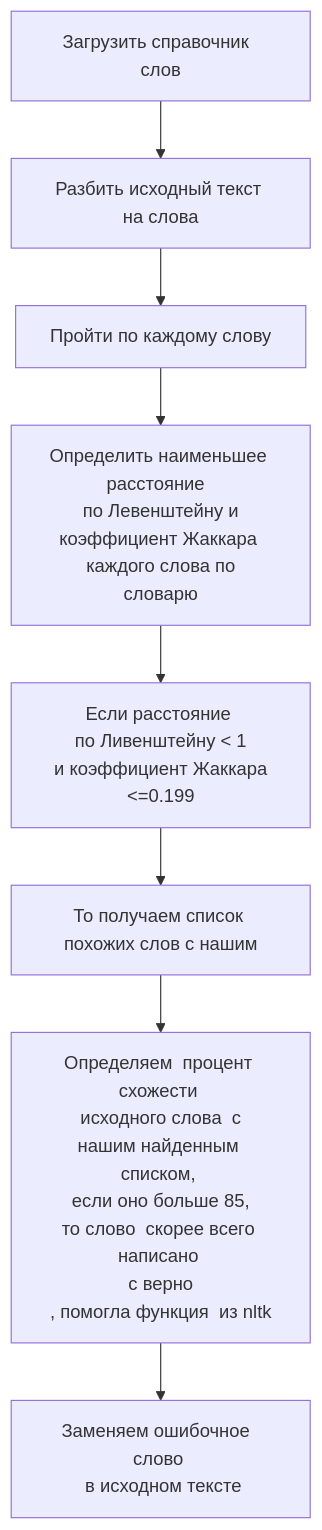
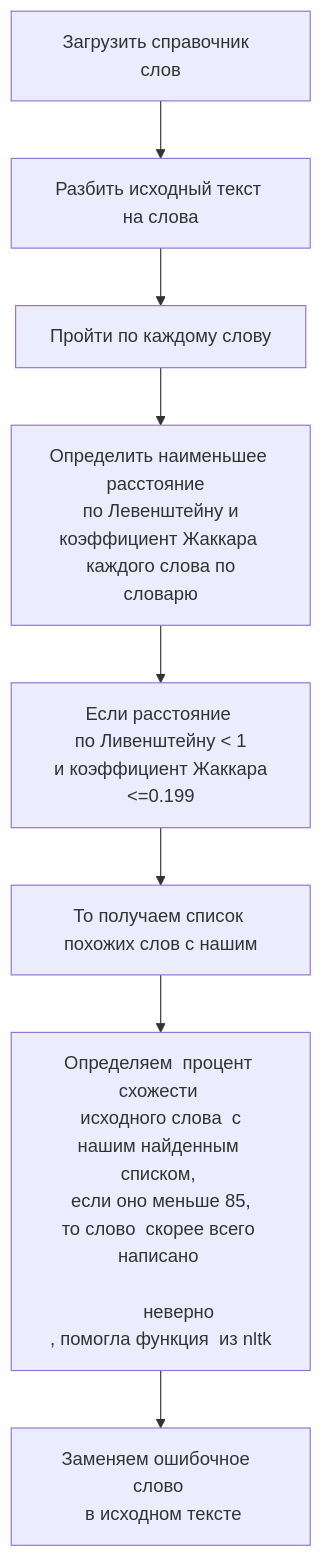
The diagram in README.MD (Barolina/search_spelling_errors), drawn with Mermaid before and after one commit. The commit also changed other lines of this file, not shown here.

````diff
--- a/README.MD
+++ b/README.MD
@@ -23,20 +23,21 @@
 ```mermaid
 flowchart TB
 	A[Загрузить справочник  слов]
 	B[Разбить исходный текст на слова]
 	C[Пройти по  каждому слову]		
 	M[Определить наименьшее расстояние  \n по Левенштейну и коэффициент Жаккара \n каждого слова по словарю]
 	D[Если расстояние \n по Ливенштейну < 1 \n и коэффициент Жаккара <=0.199]
 	H[То получаем список похожих слов с нашим]	
-	K[Определяем  процент схожести \n исходного слова  с нашим найденным списком, \n если оно больше 85, \n то слово  скорее всего  написано \n с верно \n, помогла функция  из nltk]
+	K[Определяем  процент схожести \n исходного слова  с нашим найденным списком, \n если оно меньше 85, \n то слово  скорее всего  написано \n 
+	неверно \n, помогла функция  из nltk]
 	L[Заменяем ошибочное  слово \n в исходном тексте]
 	A --> B
 	B --> C	 	
 	C --> M	
 	M --> D
 	D --> H	
 	H --> K	
 	K --> L
 	
 
 ```
````
